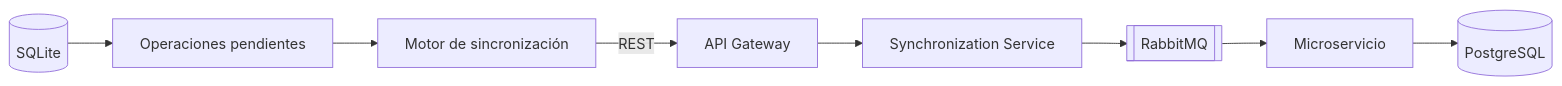
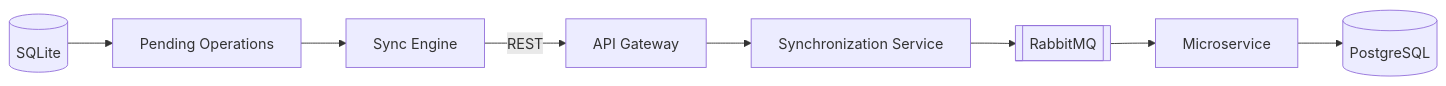
The seventh of 29 diagrams in Connectivity Strategies in Distributed Systems/ARCHITECTURE.md (migueval/software-engineering), drawn with Mermaid before and after one commit. The commit also changed other lines of this file and 19 other files, not shown here.

````diff
--- a/Connectivity Strategies in Distributed Systems/ARCHITECTURE.md
+++ b/Connectivity Strategies in Distributed Systems/ARCHITECTURE.md
@@ -394,20 +394,20 @@
 ```mermaid
 flowchart LR
 
     SQLITE[("SQLite")]
-    LOCAL_QUEUE["Operaciones pendientes"]
-    SYNC_ENGINE["Motor de sincronización"]
+    LOCAL_QUEUE["Pending Operations"]
+    SYNC_ENGINE["Sync Engine"]
     API["API Gateway"]
     SYNC_SERVICE["Synchronization Service"]
     MQ[["RabbitMQ"]]
-    SERVICE["Microservicio"]
+    SERVICE["Microservice"]
     PG[("PostgreSQL")]
 
     SQLITE --> LOCAL_QUEUE
     LOCAL_QUEUE --> SYNC_ENGINE
     SYNC_ENGINE -->|"REST"| API
     API --> SYNC_SERVICE
     SYNC_SERVICE --> MQ
     MQ --> SERVICE
     SERVICE --> PG
 ```
````
